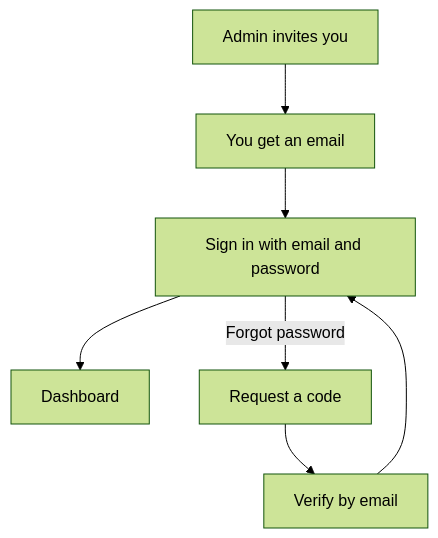
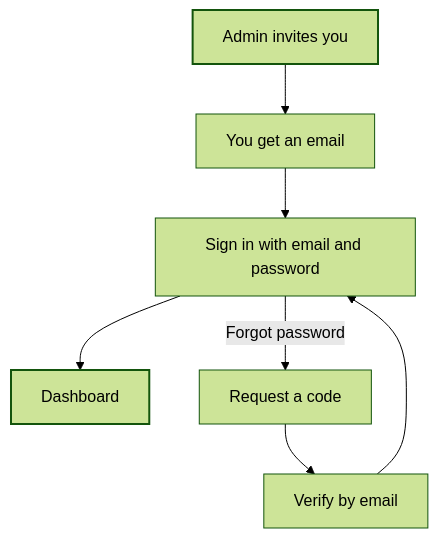
Before and after one commit to blupryntco/docs: the diagram in proof/sign-in.mdx, drawn with Mermaid (forest theme). The commit also changed 54 other files, not shown here.

Commit message:
Diagrams in site palette with dark mode; Developers overview for SDK + both APIs

````diff
--- a/proof/sign-in.mdx
+++ b/proof/sign-in.mdx
@@ -19,9 +19,13 @@
 ```mermaid
 flowchart TD
   A[Admin invites you] --> B[You get an email]
   B --> C[Sign in with email and password]
   C --> D[Dashboard]
   C -->|Forgot password| E[Request a code]
   E --> F[Verify by email]
   F --> C
+classDef start stroke-width:2px
+classDef done stroke-width:2px
+class A start
+class D done
 ```
````
